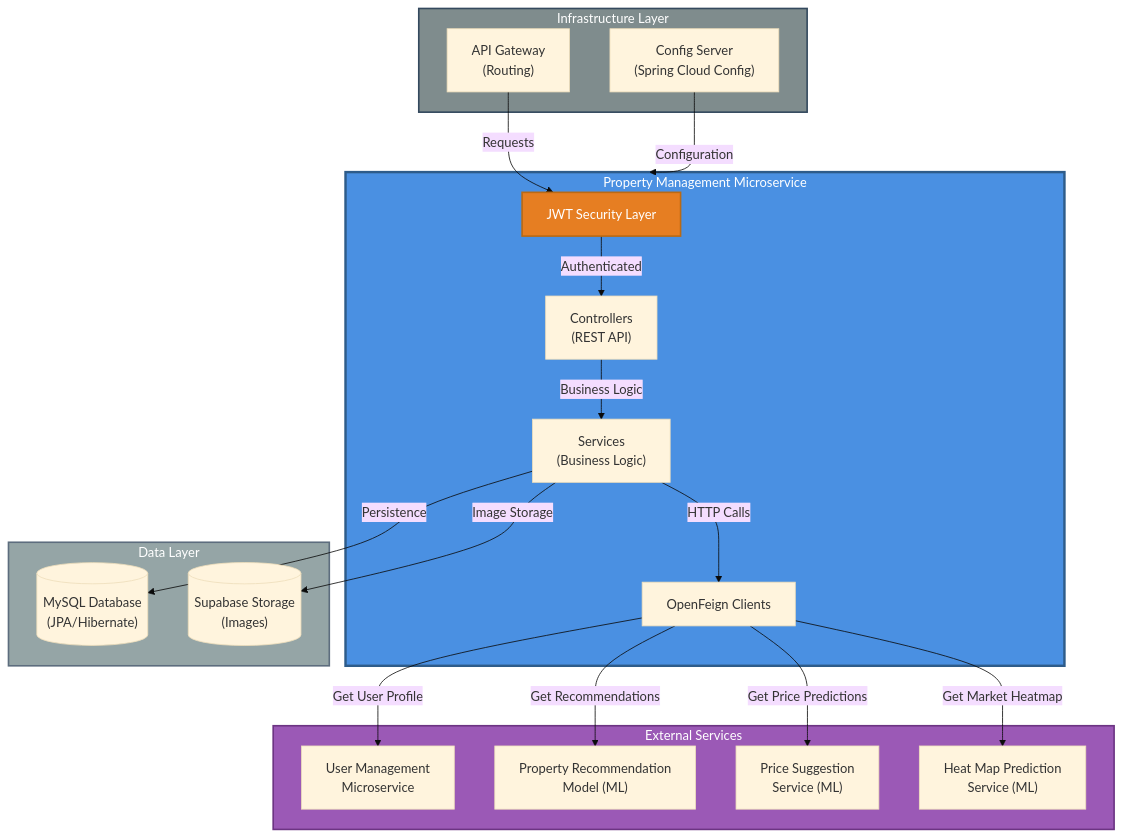
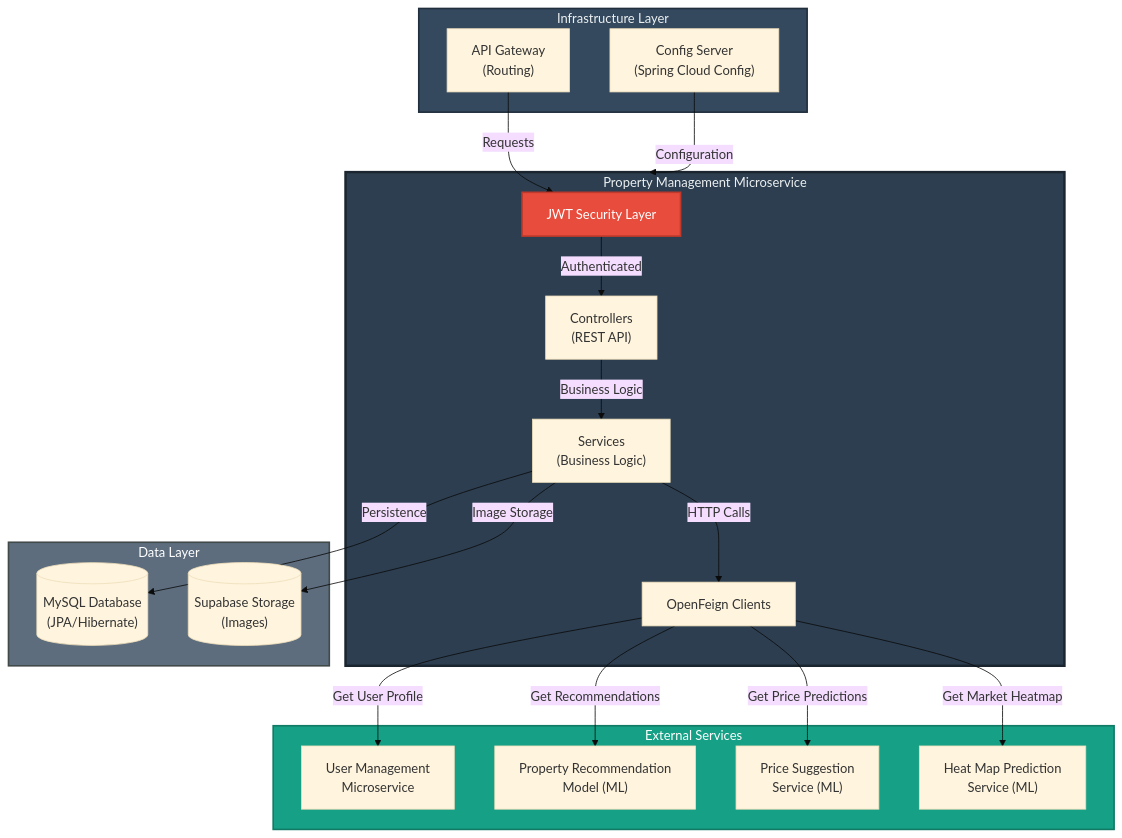
Before and after one commit to RealEstate-Rental-JunaidUth-version/backend-property-management-microservice: the diagram in README.md, drawn with Mermaid (base theme).

Commit message:
update readme file

````diff
--- a/README.md
+++ b/README.md
@@ -24,44 +24,44 @@
 ```mermaid
 graph TB
     subgraph External["External Services"]
         UMS["User Management<br/>Microservice"]
         PRM["Property Recommendation<br/>Model (ML)"]
         PSS["Price Suggestion<br/>Service (ML)"]
         HMS["Heat Map Prediction<br/>Service (ML)"]
     end
 
     subgraph Infrastructure["Infrastructure Layer"]
         CFG["Config Server<br/>(Spring Cloud Config)"]
         GW["API Gateway<br/>(Routing)"]
     end
 
     subgraph Core["Property Management Microservice"]
         JWT["JWT Security Layer"]
         CTRL["Controllers<br/>(REST API)"]
         SVC["Services<br/>(Business Logic)"]
         FEIGN["OpenFeign Clients"]
     end
 
     subgraph Data["Data Layer"]
         DB[("MySQL Database<br/>(JPA/Hibernate)")]
         STORAGE[("Supabase Storage<br/>(Images)")]
     end
 
     CFG -->|Configuration| Core
     GW -->|Requests| JWT
     JWT -->|Authenticated| CTRL
     CTRL -->|Business Logic| SVC
     SVC -->|Persistence| DB
     SVC -->|Image Storage| STORAGE
     SVC -->|HTTP Calls| FEIGN
     FEIGN -->|Get User Profile| UMS
     FEIGN -->|Get Recommendations| PRM
     FEIGN -->|Get Price Predictions| PSS
     FEIGN -->|Get Market Heatmap| HMS
 
-    style Core fill:#4A90E2,stroke:#2E5C8A,stroke-width:3px,color:#fff
-    style External fill:#9B59B6,stroke:#6C3483,stroke-width:2px,color:#fff
-    style Infrastructure fill:#7F8C8D,stroke:#34495E,stroke-width:2px,color:#fff
-    style Data fill:#95A5A6,stroke:#5D6D7E,stroke-width:2px,color:#fff
-    style JWT fill:#E67E22,stroke:#BA6A14,stroke-width:2px,color:#fff
+    style Core fill:#2C3E50,stroke:#1A252F,stroke-width:3px,color:#ECF0F1
+    style External fill:#16A085,stroke:#117A65,stroke-width:2px,color:#FFFFFF
+    style Infrastructure fill:#34495E,stroke:#212F3C,stroke-width:2px,color:#ECF0F1
+    style Data fill:#5D6D7E,stroke:#424949,stroke-width:2px,color:#FFFFFF
+    style JWT fill:#E74C3C,stroke:#C0392B,stroke-width:2px,color:#FFFFFF
 ```
````
